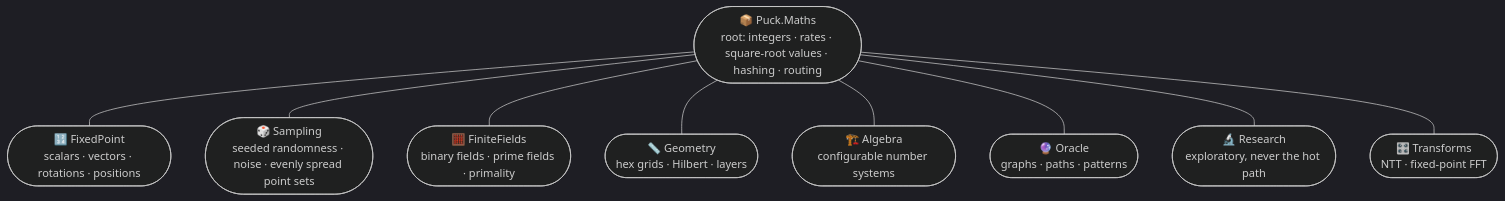
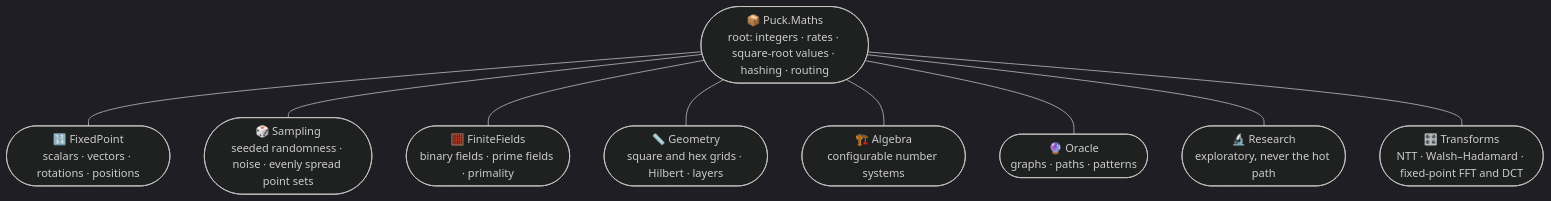
One commit to ByteTerrace/Puck changed the second of 2 diagrams in src/Puck.Maths/README.md. Above: the diagram before and after it, drawn with Mermaid (dark theme). The commit also changed other lines of this file and 3473 other files, not shown here.

````diff
--- a/src/Puck.Maths/README.md
+++ b/src/Puck.Maths/README.md
@@ -111,20 +111,20 @@
 ```mermaid
 graph TB
     Root(["📦 Puck.Maths<br/>root: integers · rates · square-root values · hashing · routing"])
     FP(["🔢 FixedPoint<br/>scalars · vectors · rotations · positions"])
     SA(["🎲 Sampling<br/>seeded randomness · noise · evenly spread point sets"])
     FF(["🧮 FiniteFields<br/>binary fields · prime fields · primality"])
-    GE(["📏 Geometry<br/>hex grids · Hilbert · layers"])
+    GE(["📏 Geometry<br/>square and hex grids · Hilbert · layers"])
     AL(["🏗️ Algebra<br/>configurable number systems"])
     OR(["🔮 Oracle<br/>graphs · paths · patterns"])
     RE(["🔬 Research<br/>exploratory, never the hot path"])
-    TR(["🎛️ Transforms<br/>NTT · fixed-point FFT"])
+    TR(["🎛️ Transforms<br/>NTT · Walsh–Hadamard · fixed-point FFT and DCT"])
     Root --- FP
     Root --- SA
     Root --- FF
     Root --- GE
     Root --- AL
     Root --- OR
     Root --- RE
     Root --- TR
 ```
````
